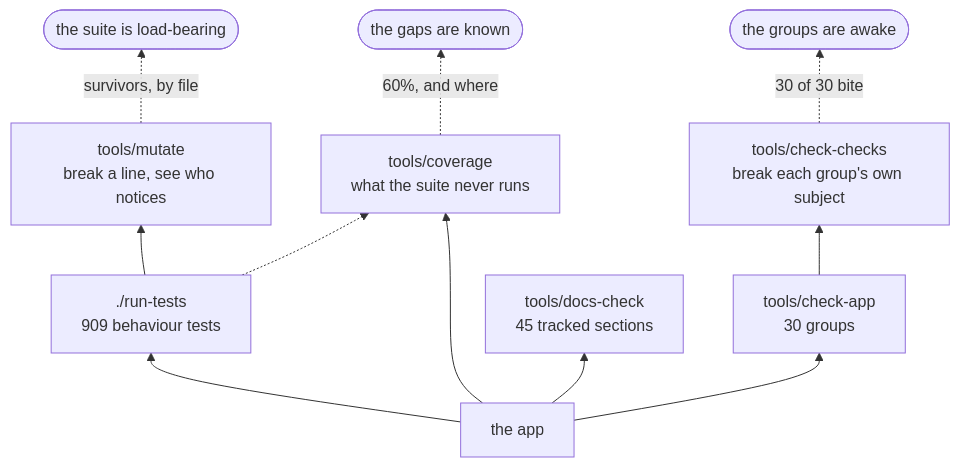
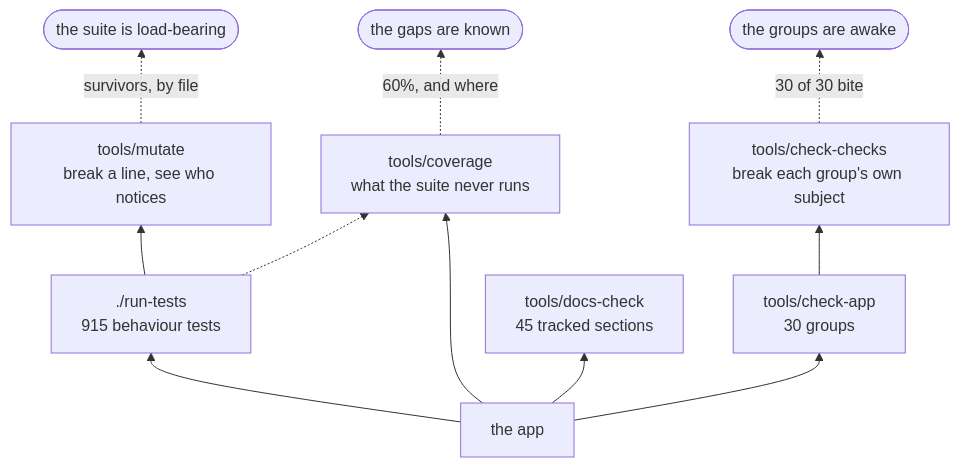
The second of 3 diagrams in docs/DEVELOPING.md (minormending/crystal-pilot-mobile), drawn with Mermaid before and after one commit. The commit also changed other lines of this file and 2 other files, not shown here.

````diff
--- a/docs/DEVELOPING.md
+++ b/docs/DEVELOPING.md
@@ -128,13 +128,13 @@
 ```mermaid
 flowchart BT
-    C["the app"] --> T["./run-tests<br/>909 behaviour tests"]
+    C["the app"] --> T["./run-tests<br/>915 behaviour tests"]
     C --> A["tools/check-app<br/>30 groups"]
     C --> D["tools/docs-check<br/>45 tracked sections"]
     C --> V["tools/coverage<br/>what the suite never runs"]
     T --> M["tools/mutate<br/>break a line, see who notices"]
     A --> K["tools/check-checks<br/>break each group's own subject"]
     T -.-> V
     M -.->|"survivors, by file"| R(["the suite is load-bearing"])
     K -.->|"30 of 30 bite"| R2(["the groups are awake"])
     V -.->|"60%, and where"| R3(["the gaps are known"])
 ```
````
